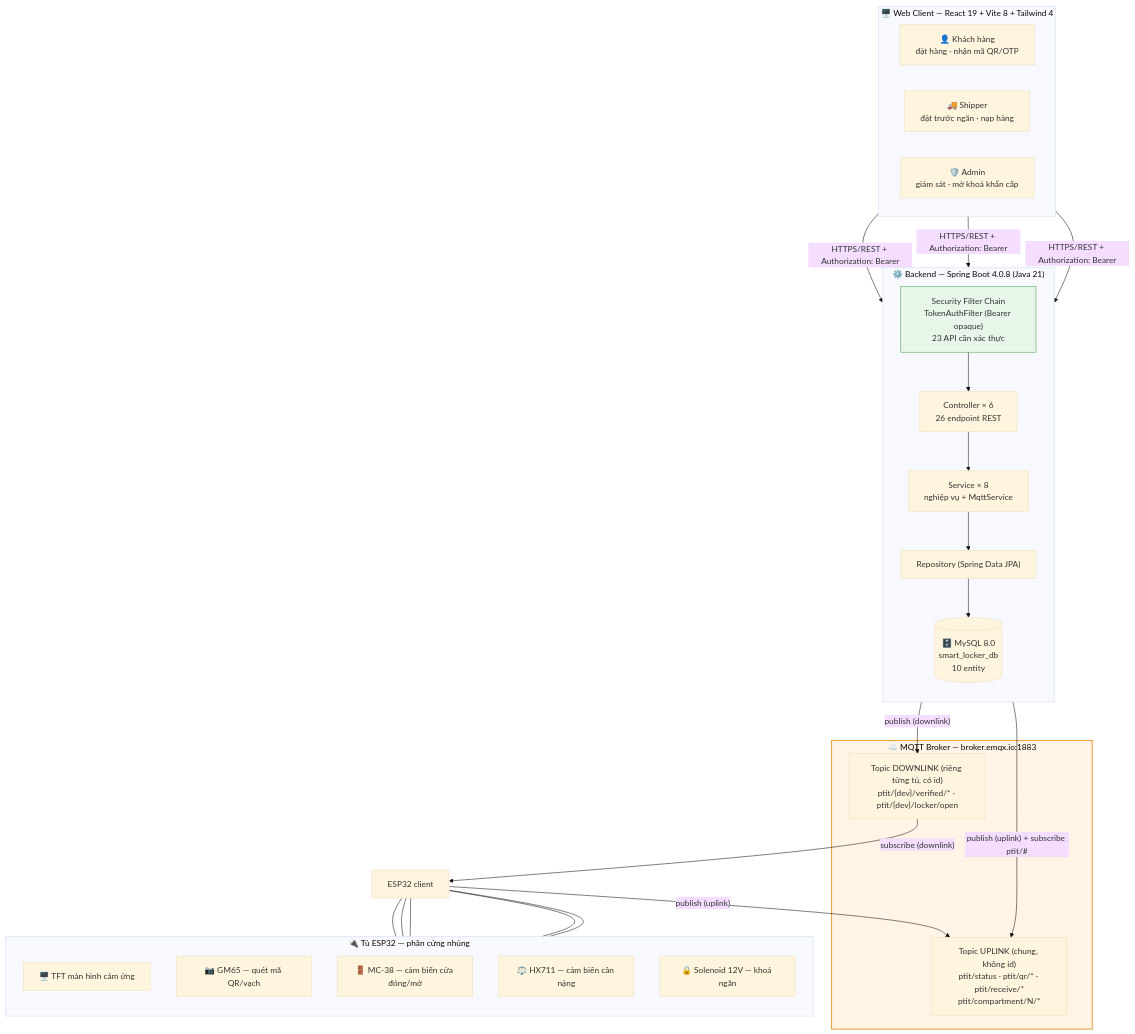
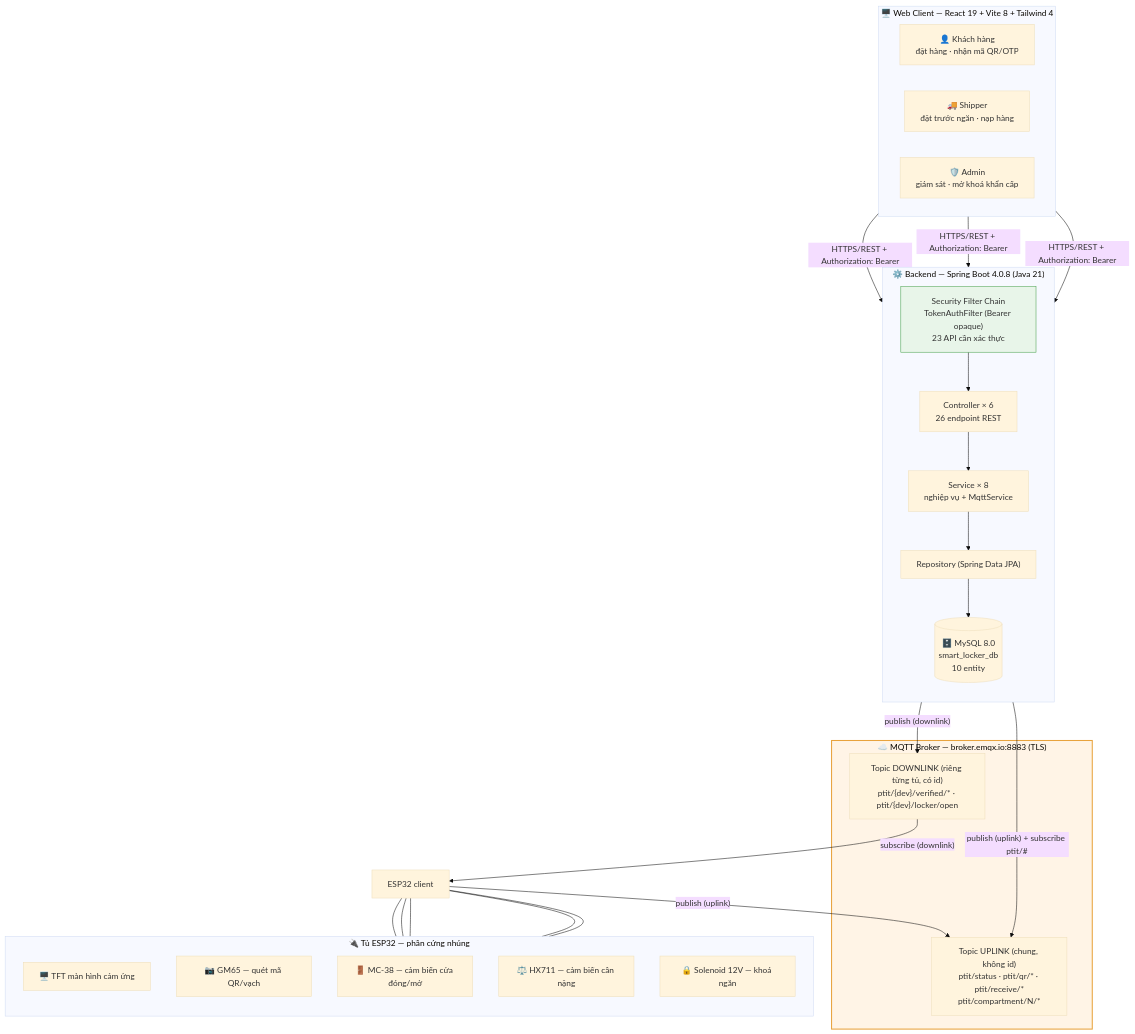
Before and after one commit to slueon/DATN-smart-locker: the first of 3 diagrams in docs/SO-DO.md, drawn with Mermaid (base theme). The commit also changed 3 other files, not shown here.

Commit message:
fix(GD58): bo tham chieu broker 1883 cu, dung TLS 8883

````diff
--- a/docs/SO-DO.md
+++ b/docs/SO-DO.md
@@ -11,43 +11,43 @@
 ```mermaid
 flowchart TB
     subgraph WEB["🖥️ Web Client — React 19 + Vite 8 + Tailwind 4"]
         direction LR
         C1["👤 Khách hàng<br/>đặt hàng · nhận mã QR/OTP"]
         C2["🚚 Shipper<br/>đặt trước ngăn · nạp hàng"]
         C3["🛡️ Admin<br/>giám sát · mở khoá khẩn cấp"]
     end
 
     subgraph BE["⚙️ Backend — Spring Boot 4.0.8 (Java 21)"]
         direction TB
         SEC["Security Filter Chain<br/>TokenAuthFilter (Bearer opaque)<br/>23 API cần xác thực"]
         CTRL["Controller × 6<br/>26 endpoint REST"]
         SVC["Service × 8<br/>nghiệp vụ + MqttService"]
         REPO["Repository (Spring Data JPA)"]
         DB[("🗄️ MySQL 8.0<br/>smart_locker_db<br/>10 entity")]
         SEC --> CTRL --> SVC --> REPO --> DB
     end
 
-    subgraph BROKER["☁️ MQTT Broker — broker.emqx.io:1883"]
+    subgraph BROKER["☁️ MQTT Broker — broker.emqx.io:8883 (TLS)"]
         B1["Topic UPLINK (chung, không id)<br/>ptit/status · ptit/qr/* · ptit/receive/*<br/>ptit/compartment/N/*"]
         B2["Topic DOWNLINK (riêng từng tủ, có id)<br/>ptit/{dev}/verified/* · ptit/{dev}/locker/open"]
     end
 
     subgraph HW["🔌 Tủ ESP32 — phần cứng nhúng"]
         direction TB
         H1["🖥️ TFT màn hình cảm ứng"]
         H2["📷 GM65 — quét mã QR/vạch"]
         H3["🚪 MC-38 — cảm biến cửa đóng/mở"]
         H4["⚖️ HX711 — cảm biến cân nặng"]
         H5["🔒 Solenoid 12V — khoá ngăn"]
     end
 
     C1 & C2 & C3 -- "HTTPS/REST + Authorization: Bearer" --> SEC
     SVC -- "publish (uplink) + subscribe ptit/#" --> B1
     SVC -- "publish (downlink)" --> B2
     HW2["ESP32 client"] -- "publish (uplink)" --> B1
     B2 -- "subscribe (downlink)" --> HW2
     HW2 --- H1 & H2 & H3 & H4 & H5
 
     style BROKER fill:#fff4e6,stroke:#e8a33d,stroke-width:2px
     style SEC fill:#e8f5e9,stroke:#43a047
 ```
````
